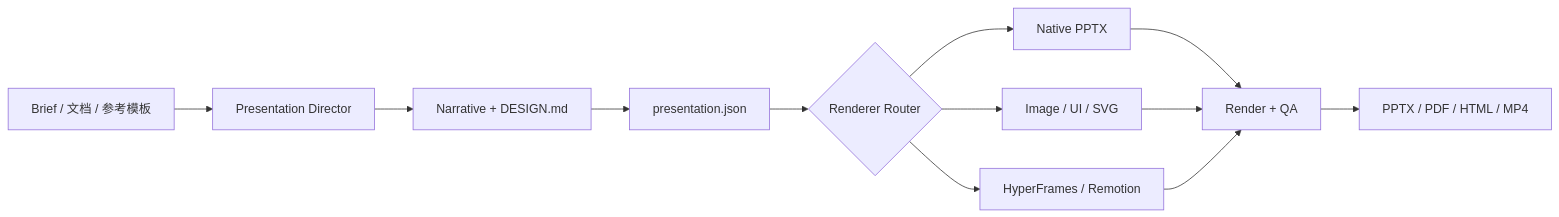
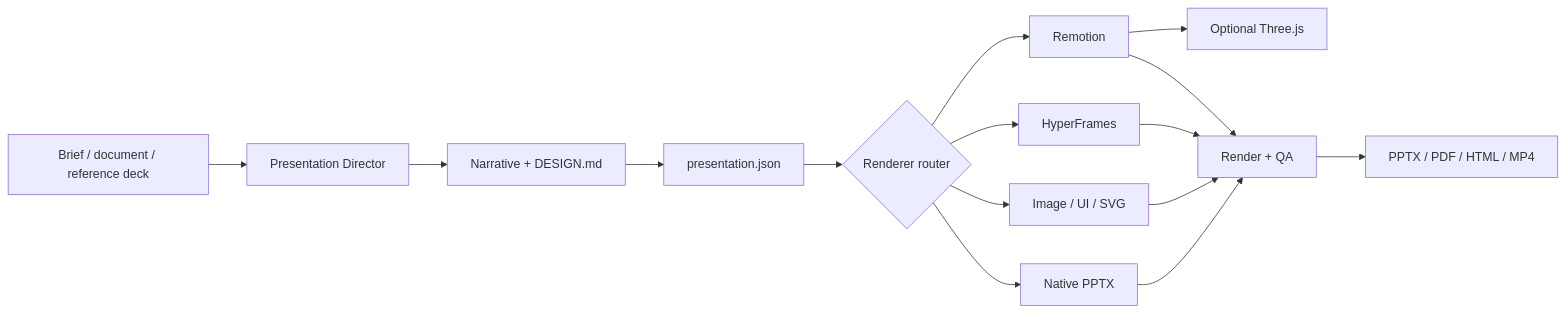
The diagram in README.md (Wilder1222/presentation-director), drawn with Mermaid before and after one commit. The commit also changed other lines of this file and 51 other files, not shown here.

````diff
--- a/README.md
+++ b/README.md
@@ -20,14 +205,17 @@
 ```mermaid
 flowchart LR
-    A["Brief / 文档 / 参考模板"] --> B["Presentation Director"]
+    A["Brief / document / reference deck"] --> B["Presentation Director"]
     B --> C["Narrative + DESIGN.md"]
     C --> D["presentation.json"]
-    D --> E{"Renderer Router"}
+    D --> E{"Renderer router"}
     E --> F["Native PPTX"]
     E --> G["Image / UI / SVG"]
-    E --> H["HyperFrames / Remotion"]
-    F --> I["Render + QA"]
-    G --> I
-    H --> I
-    I --> J["PPTX / PDF / HTML / MP4"]
+    E --> H["HyperFrames"]
+    E --> I["Remotion"]
+    I --> J["Optional Three.js"]
+    F --> K["Render + QA"]
+    G --> K
+    H --> K
+    I --> K
+    K --> L["PPTX / PDF / HTML / MP4"]
 ```
````
